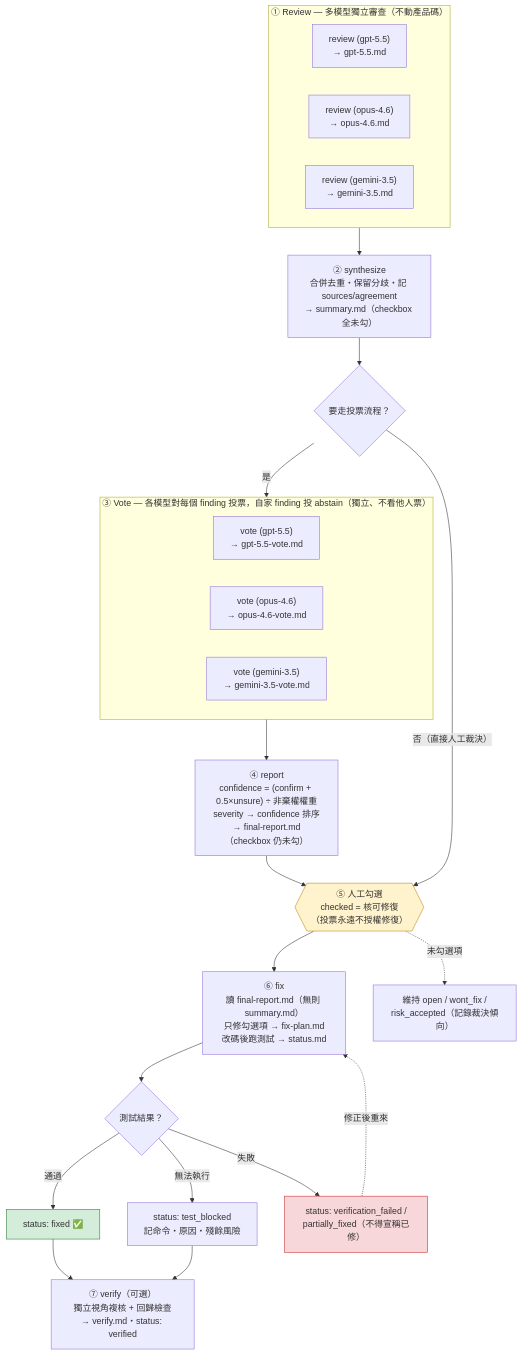
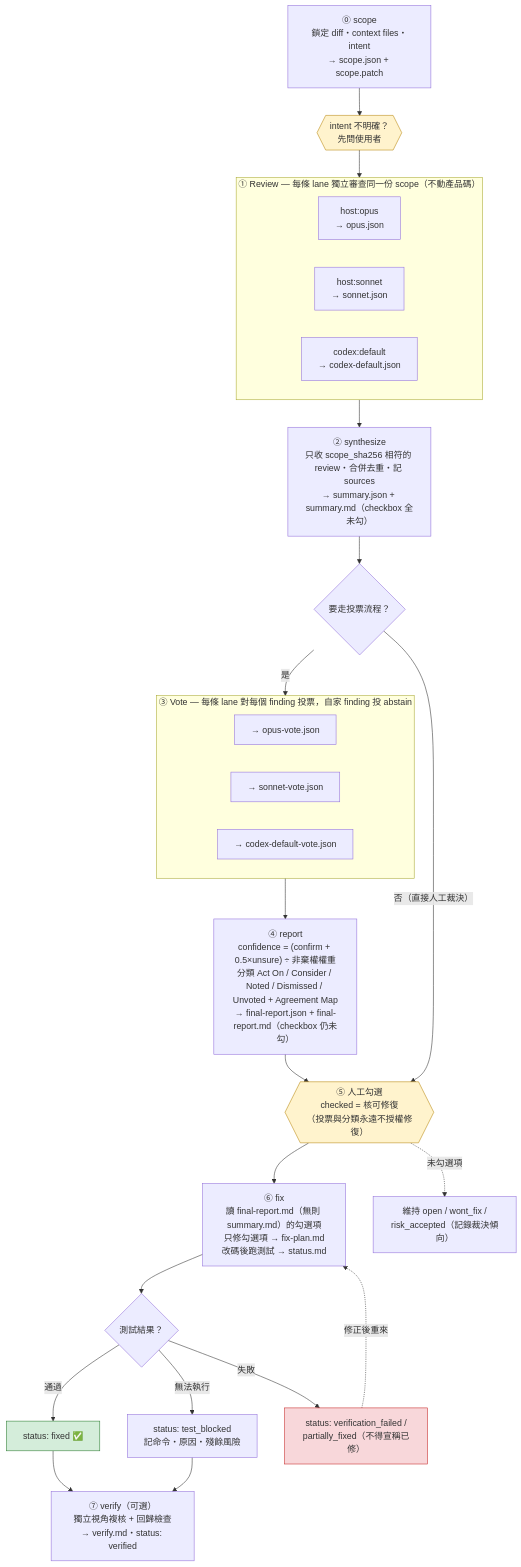
Before and after one commit to gn00678465/coding-agent-toolkit: the diagram in plugins/code-review/README.md, drawn with Mermaid. The commit also changed other lines of this file and 1 other file, not shown here.

First line of the commit message:
docs(code-review): 更新 review-forge 的指令、lanes 與 artifact 說明

````diff
--- a/plugins/code-review/README.md
+++ b/plugins/code-review/README.md
@@ -70,46 +82,50 @@
 ```mermaid
 flowchart TD
-    subgraph collect["① Review — 多模型獨立審查（不動產品碼）"]
+    SCOPE["⓪ scope<br/>鎖定 diff・context files・intent<br/>→ scope.json + scope.patch"] --> INTENT{{"intent 不明確？<br/>先問使用者"}}
+    INTENT --> collect
+
+    subgraph collect["① Review — 每條 lane 獨立審查同一份 scope（不動產品碼）"]
         direction LR
-        R1["review (gpt-5.5)<br/>→ gpt-5.5.md"]
-        R2["review (opus-4.6)<br/>→ opus-4.6.md"]
-        R3["review (gemini-3.5)<br/>→ gemini-3.5.md"]
+        R1["host:opus<br/>→ opus.json"]
+        R2["host:sonnet<br/>→ sonnet.json"]
+        R3["codex:default<br/>→ codex-default.json"]
     end
 
-    collect --> SYN["② synthesize<br/>合併去重・保留分歧・記 sources/agreement<br/>→ summary.md（checkbox 全未勾）"]
+    collect --> SYN["② synthesize<br/>只收 scope_sha256 相符的 review・合併去重・記 sources<br/>→ summary.json + summary.md（checkbox 全未勾）"]
 
     SYN --> VOTE_Q{"要走投票流程？"}
 
-    subgraph vote_phase["③ Vote — 各模型對每個 finding 投票，自家 finding 投 abstain（獨立、不看他人票）"]
+    subgraph vote_phase["③ Vote — 每條 lane 對每個 finding 投票，自家 finding 投 abstain"]
         direction LR
-        V1["vote (gpt-5.5)<br/>→ gpt-5.5-vote.md"]
-        V2["vote (opus-4.6)<br/>→ opus-4.6-vote.md"]
-        V3["vote (gemini-3.5)<br/>→ gemini-3.5-vote.md"]
+        V1["→ opus-vote.json"]
+        V2["→ sonnet-vote.json"]
+        V3["→ codex-default-vote.json"]
     end
 
     VOTE_Q -- "是" --> vote_phase
-    vote_phase --> RPT["④ report<br/>confidence = (confirm + 0.5×unsure) ÷ 非棄權權重<br/>severity → confidence 排序<br/>→ final-report.md（checkbox 仍未勾）"]
+    vote_phase --> RPT["④ report<br/>confidence = (confirm + 0.5×unsure) ÷ 非棄權權重<br/>分類 Act On / Consider / Noted / Dismissed / Unvoted + Agreement Map<br/>→ final-report.json + final-report.md（checkbox 仍未勾）"]
 
     RPT --> HUMAN
     VOTE_Q -- "否（直接人工裁決）" --> HUMAN
 
-    HUMAN{{"⑤ 人工勾選<br/>checked = 核可修復<br/>（投票永遠不授權修復）"}}
+    HUMAN{{"⑤ 人工勾選<br/>checked = 核可修復<br/>（投票與分類永遠不授權修復）"}}
 
-    HUMAN --> FIX["⑥ fix<br/>讀 final-report.md（無則 summary.md）<br/>只修勾選項 → fix-plan.md<br/>改碼後跑測試 → status.md"]
+    HUMAN --> FIX["⑥ fix<br/>讀 final-report.md（無則 summary.md）的勾選項<br/>只修勾選項 → fix-plan.md<br/>改碼後跑測試 → status.md"]
 
     FIX --> TEST{"測試結果？"}
     TEST -- "通過" --> FIXED["status: fixed ✅"]
     TEST -- "無法執行" --> BLOCKED["status: test_blocked<br/>記命令・原因・殘餘風險"]
     TEST -- "失敗" --> FAILED["status: verification_failed /<br/>partially_fixed（不得宣稱已修）"]
 
     FAILED -. "修正後重來" .-> FIX
 
     FIXED --> VERIFY["⑦ verify（可選）<br/>獨立視角複核 + 回歸檢查<br/>→ verify.md・status: verified"]
     BLOCKED --> VERIFY
 
     HUMAN -. "未勾選項" .-> OPEN["維持 open / wont_fix /<br/>risk_accepted（記錄裁決傾向）"]
 
     style HUMAN fill:#fff3cd,stroke:#b8860b
+    style INTENT fill:#fff3cd,stroke:#b8860b
     style FIXED fill:#d4edda,stroke:#2e7d32
     style FAILED fill:#f8d7da,stroke:#c62828
 ```
````
